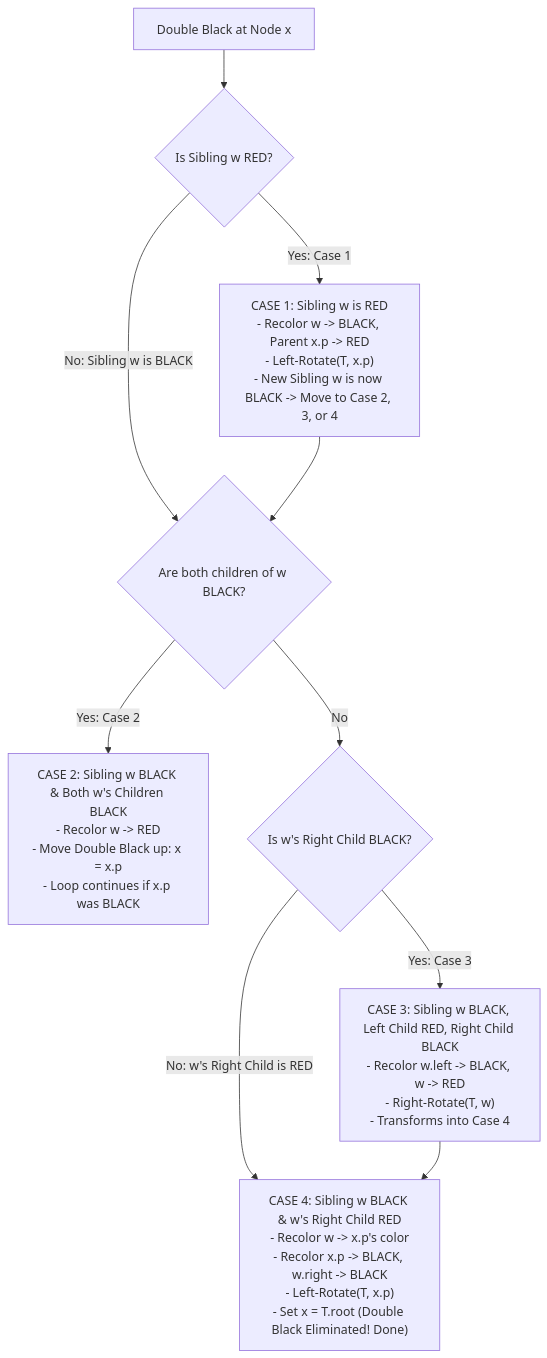
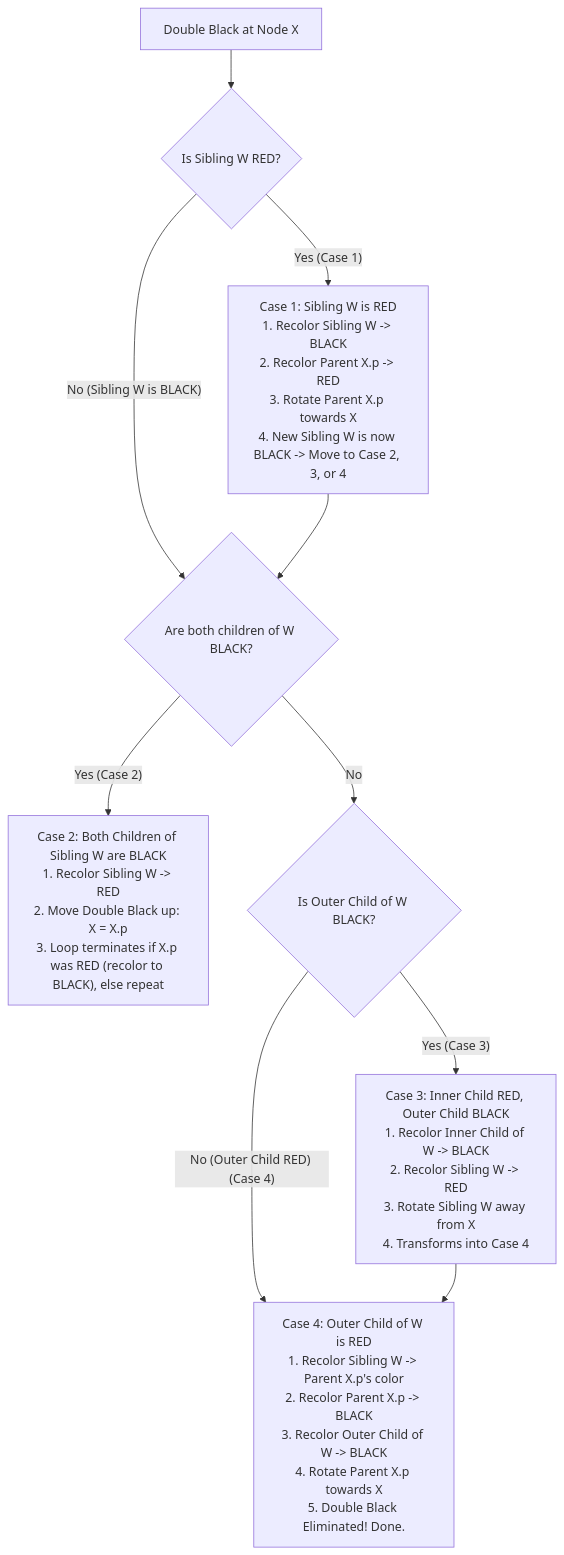
The fourth of 8 diagrams in notes/design_and_analysis_of_algorithms/DAA_Unit4_RedBlackTrees_AdvancedDS.md (DeepLumiere/DeepSkills), drawn with Mermaid before and after one commit. The commit also changed other lines of this file and 6 other files, not shown here.

First line of the commit message:
fix: convert all DAA pseudocodes into Mermaid flowcharts and standardize exam guides

````diff
--- a/notes/design_and_analysis_of_algorithms/DAA_Unit4_RedBlackTrees_AdvancedDS.md
+++ b/notes/design_and_analysis_of_algorithms/DAA_Unit4_RedBlackTrees_AdvancedDS.md
@@ -145,32 +104,35 @@
 ```mermaid
 flowchart TD
-    DB["Double Black at Node x"] --> CheckW{"Is Sibling w RED?"}
+    DB["Double Black at Node X"] --> CheckW{"Is Sibling W RED?"}
 
-    CheckW -- "Yes: Case 1" --> Case1["CASE 1: Sibling w is RED
-- Recolor w -> BLACK, Parent x.p -> RED
-- Left-Rotate(T, x.p)
-- New Sibling w is now BLACK -> Move to Case 2, 3, or 4"]
+    CheckW -- "Yes (Case 1)" --> Case1["Case 1: Sibling W is RED
+1. Recolor Sibling W -> BLACK
+2. Recolor Parent X.p -> RED
+3. Rotate Parent X.p towards X
+4. New Sibling W is now BLACK -> Move to Case 2, 3, or 4"]
 
-    CheckW -- "No: Sibling w is BLACK" --> CheckChildren{"Are both children of w BLACK?"}
+    CheckW -- "No (Sibling W is BLACK)" --> CheckChildren{"Are both children of W BLACK?"}
 
-    CheckChildren -- "Yes: Case 2" --> Case2["CASE 2: Sibling w BLACK & Both w's Children BLACK
-- Recolor w -> RED
-- Move Double Black up: x = x.p
-- Loop continues if x.p was BLACK"]
+    CheckChildren -- "Yes (Case 2)" --> Case2["Case 2: Both Children of Sibling W are BLACK
+1. Recolor Sibling W -> RED
+2. Move Double Black up: X = X.p
+3. Loop terminates if X.p was RED (recolor to BLACK), else repeat"]
 
-    CheckChildren -- "No" --> CheckRightChild{"Is w's Right Child BLACK?"}
+    CheckChildren -- "No" --> CheckOuterChild{"Is Outer Child of W BLACK?"}
 
-    CheckRightChild -- "Yes: Case 3" --> Case3["CASE 3: Sibling w BLACK, Left Child RED, Right Child BLACK
-- Recolor w.left -> BLACK, w -> RED
-- Right-Rotate(T, w)
-- Transforms into Case 4"]
+    CheckOuterChild -- "Yes (Case 3)" --> Case3["Case 3: Inner Child RED, Outer Child BLACK
+1. Recolor Inner Child of W -> BLACK
+2. Recolor Sibling W -> RED
+3. Rotate Sibling W away from X
+4. Transforms into Case 4"]
 
-    CheckRightChild -- "No: w's Right Child is RED" --> Case4["CASE 4: Sibling w BLACK & w's Right Child RED
-- Recolor w -> x.p's color
-- Recolor x.p -> BLACK, w.right -> BLACK
-- Left-Rotate(T, x.p)
-- Set x = T.root (Double Black Eliminated! Done)"]
+    CheckOuterChild -- "No (Outer Child RED) (Case 4)" --> Case4["Case 4: Outer Child of W is RED
+1. Recolor Sibling W -> Parent X.p's color
+2. Recolor Parent X.p -> BLACK
+3. Recolor Outer Child of W -> BLACK
+4. Rotate Parent X.p towards X
+5. Double Black Eliminated! Done."]
 
     Case1 --> CheckChildren
     Case3 --> Case4
 ```
````
